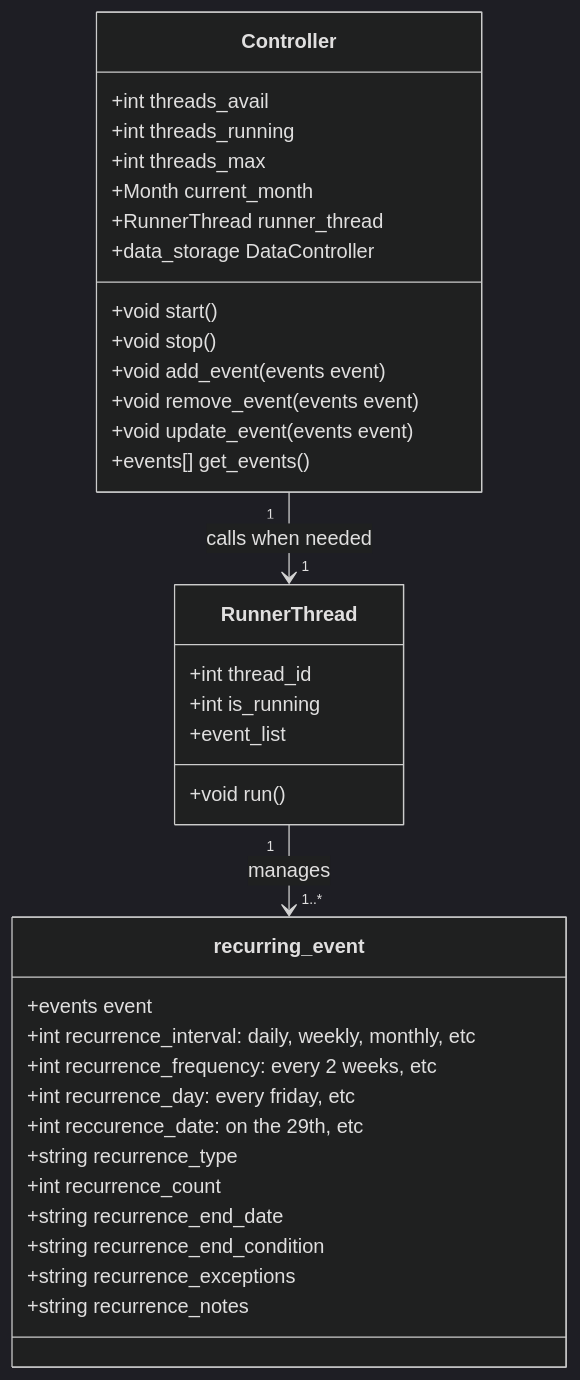
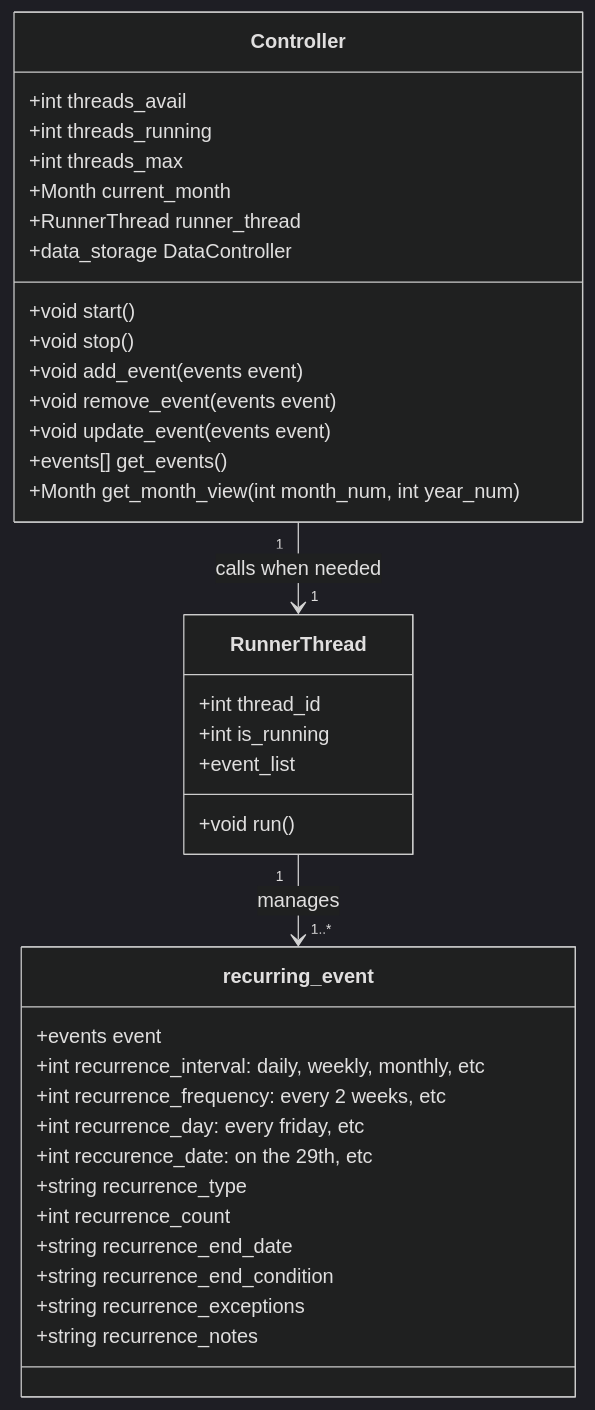
The diagram in documentation/controller.mmd (simpsric/SmartCalendar), drawn with Mermaid (dark theme) before and after one commit.

Commit message:
Add get_month_view method to Controller class

```diff
--- a/documentation/controller.mmd
+++ b/documentation/controller.mmd
@@ -1,37 +1,38 @@
 classDiagram
     class Controller {
         +int threads_avail
         +int threads_running
         +int threads_max
         +Month current_month
         +RunnerThread runner_thread
         +data_storage DataController
         +void start()
         +void stop()
         +void add_event(events event)
         +void remove_event(events event)
         +void update_event(events event)
         +events[] get_events()
+        +Month get_month_view(int month_num, int year_num)
     }
     class recurring_event {
         +events event
         +int recurrence_interval: daily, weekly, monthly, etc
         +int recurrence_frequency: every 2 weeks, etc
         +int recurrence_day: every friday, etc
         +int reccurence_date: on the 29th, etc
         +string recurrence_type
         +int recurrence_count
         +string recurrence_end_date
         +string recurrence_end_condition
         +string recurrence_exceptions
         +string recurrence_notes
     }
     class RunnerThread {
         +int thread_id
         +int is_running
         +event_list
         +void run()
     }
 
     Controller "1" --> "1" RunnerThread : calls when needed
     RunnerThread "1" --> "1..*" recurring_event : manages
```
